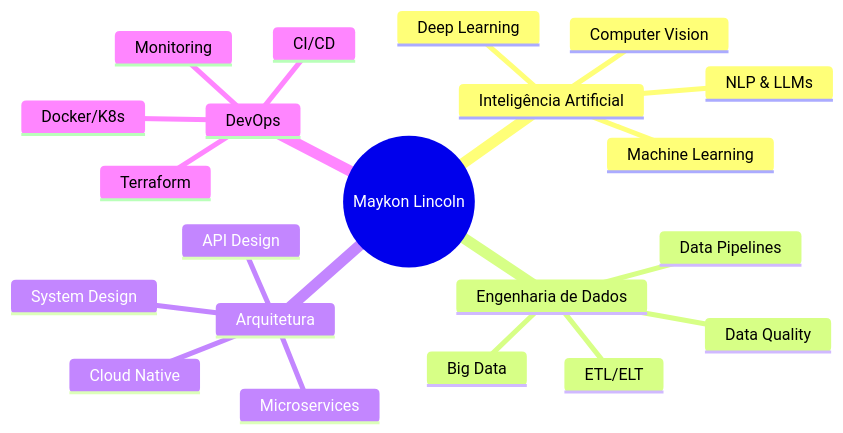
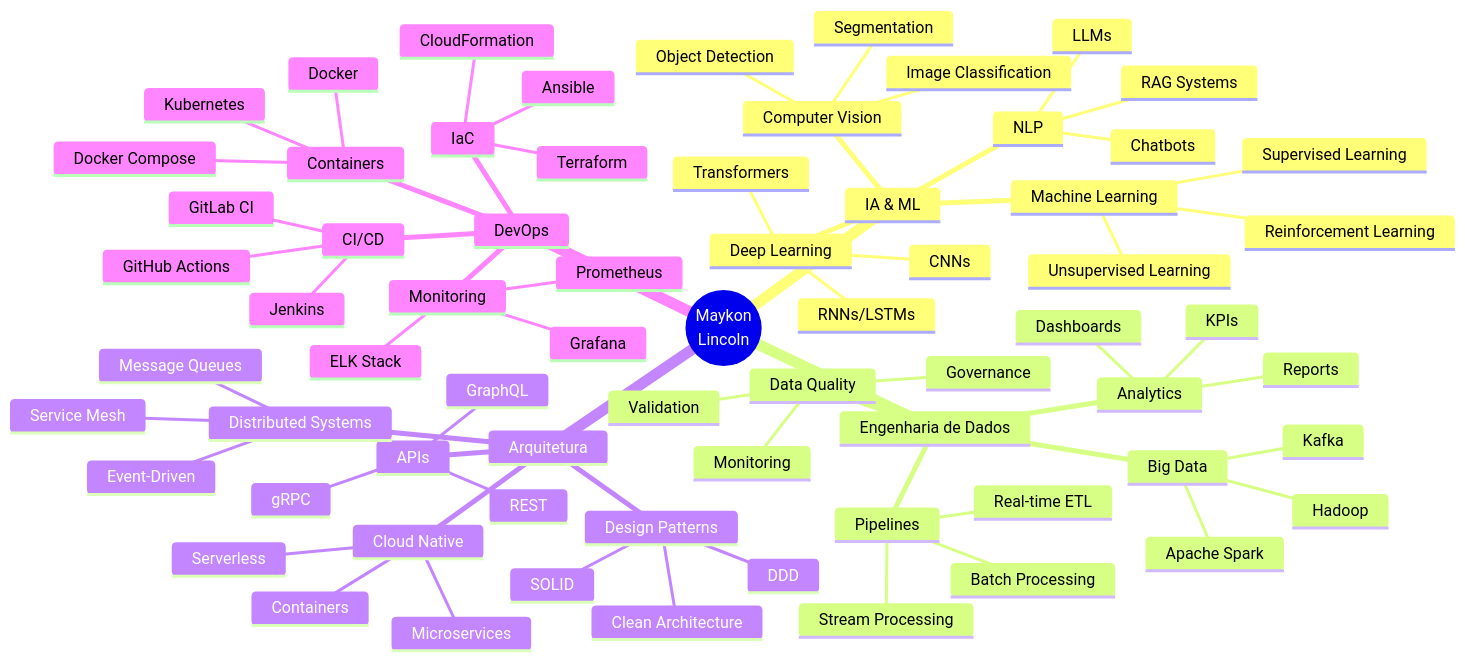
Before and after one commit to maykonlincolnusa/maykonlincolnusa: the diagram in README.md, drawn with Mermaid. The commit also changed other lines of this file, not shown here.

````diff
--- a/README.md
+++ b/README.md
@@ -195,24 +347,72 @@
 ```mermaid
 mindmap
-  root((Maykon Lincoln))
-    Inteligência Artificial
+  root((Maykon<br/>Lincoln))
+    IA & ML
       Machine Learning
+        Supervised Learning
+        Unsupervised Learning
+        Reinforcement Learning
       Deep Learning
+        CNNs
+        RNNs/LSTMs
+        Transformers
       Computer Vision
-      NLP & LLMs
+        Object Detection
+        Image Classification
+        Segmentation
+      NLP
+        LLMs
+        RAG Systems
+        Chatbots
     Engenharia de Dados
-      ETL/ELT
-      Data Pipelines
+      Pipelines
+        Batch Processing
+        Stream Processing
+        Real-time ETL
       Big Data
+        Apache Spark
+        Kafka
+        Hadoop
       Data Quality
+        Validation
+        Monitoring
+        Governance
+      Analytics
+        Dashboards
+        Reports
+        KPIs
     Arquitetura
-      Microservices
+      Design Patterns
+        SOLID
+        Clean Architecture
+        DDD
       Cloud Native
-      API Design
-      System Design
+        Microservices
+        Serverless
+        Containers
+      APIs
+        REST
+        GraphQL
+        gRPC
+      Distributed Systems
+        Event-Driven
+        Message Queues
+        Service Mesh
     DevOps
       CI/CD
-      Docker/K8s
-      Terraform
+        GitHub Actions
+        Jenkins
+        GitLab CI
+      IaC
+        Terraform
+        CloudFormation
+        Ansible
+      Containers
+        Docker
+        Kubernetes
+        Docker Compose
       Monitoring
+        Prometheus
+        Grafana
+        ELK Stack
 ```
````
